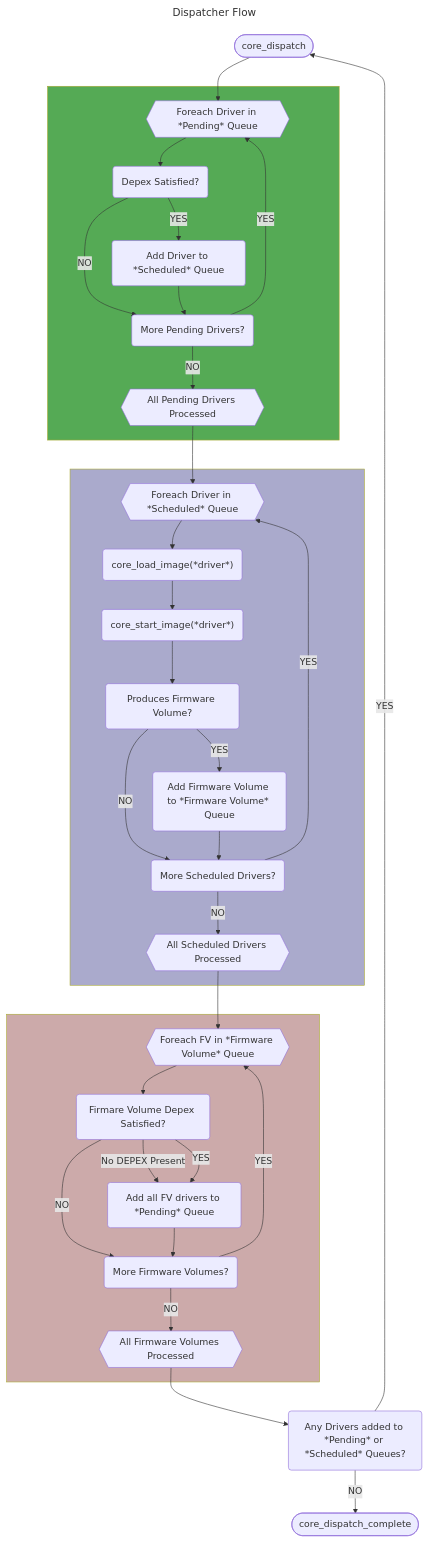
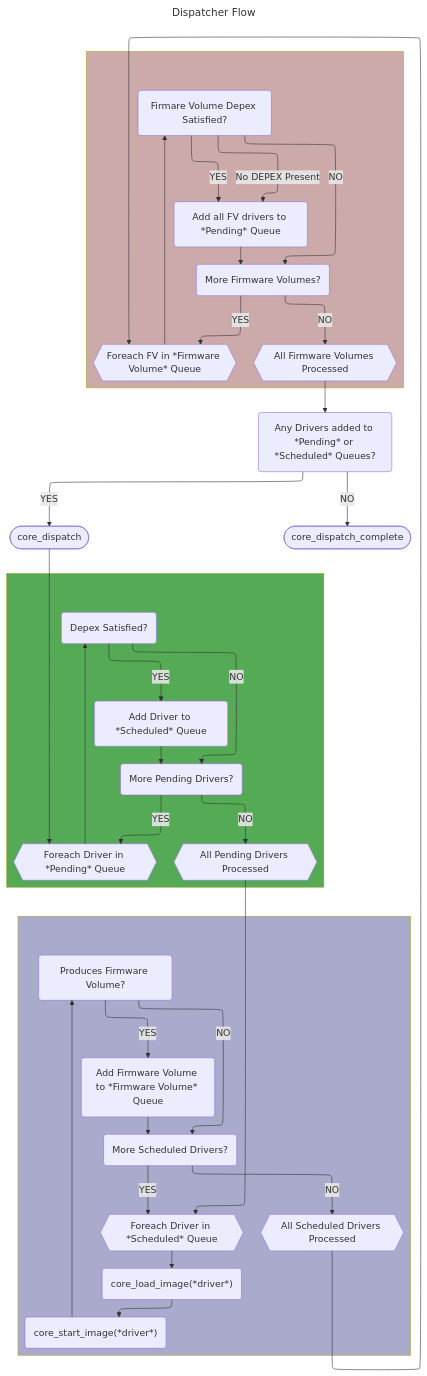
The diagram in docs/src/dxe_core/dispatcher.md (vineelko/patina), drawn with Mermaid before and after one commit. The commit also changed other lines of this file and 47 other files, not shown here.

````diff
--- a/docs/src/dxe_core/dispatcher.md
+++ b/docs/src/dxe_core/dispatcher.md
@@ -75,75 +75,78 @@
 ```mermaid
 ---
 title: Dispatcher Flow
+config:
+  layout: elk
+displayMode: compact
 ---
 flowchart TB
 
 start([core_dispatch])
 pending_drivers{{Foreach Driver in *Pending* Queue}}
 depex_eval(Depex Satisfied?)
 schedule_driver(Add Driver to *Scheduled* Queue)
 more_pending_drivers(More Pending Drivers?)
 pending_drivers_complete{{All Pending Drivers Processed}}
 
 scheduled_drivers{{Foreach Driver in *Scheduled* Queue}}
 load_driver("core_load_image(*driver*)")
 start_driver("core_start_image(*driver*)")
 produces_firmware_volume(Produces Firmware Volume?)
 add_firmware_volume(Add Firmware Volume to *Firmware Volume* Queue)
 more_scheduled_drivers(More Scheduled Drivers?)
 scheduled_drivers_complete{{All Scheduled Drivers Processed}}
 
 firmware_volumes{{Foreach FV in *Firmware Volume* Queue}}
 fv_depex_eval(Firmare Volume Depex Satisfied?)
 add_drivers(Add all FV drivers to *Pending* Queue)
 more_pending_fvs(More Firmware Volumes?)
 firmware_volumes_complete{{All Firmware Volumes Processed}}
 
 any_dispatched(Any Drivers added to *Pending* or *Scheduled* Queues?)
 
 dispatch_complete([core_dispatch_complete])
 
 start-->pending_drivers
 
 subgraph pending_drivers_block[" "]
 pending_drivers-->depex_eval
 depex_eval-- YES -->schedule_driver
 depex_eval-- NO -->more_pending_drivers
 schedule_driver-->more_pending_drivers
 more_pending_drivers-- YES -->pending_drivers
 more_pending_drivers-- NO -->pending_drivers_complete
 end
 
 pending_drivers_complete-->scheduled_drivers
 
 subgraph scheduled_drivers_block[" "]
 scheduled_drivers-->load_driver
 load_driver-->start_driver
 start_driver-->produces_firmware_volume
 produces_firmware_volume -- YES -->add_firmware_volume
 produces_firmware_volume -- NO -->more_scheduled_drivers
 add_firmware_volume-->more_scheduled_drivers
 more_scheduled_drivers -- YES -->scheduled_drivers
 more_scheduled_drivers -- NO -->scheduled_drivers_complete
 end
 
 scheduled_drivers_complete-->firmware_volumes
 
 subgraph firmware_volumes_block[" "]
 firmware_volumes-->fv_depex_eval
 fv_depex_eval-- No DEPEX Present -->add_drivers
 fv_depex_eval-- YES -->add_drivers
 fv_depex_eval-- NO -->more_pending_fvs
 add_drivers-->more_pending_fvs
 more_pending_fvs-- YES -->firmware_volumes
 more_pending_fvs-- NO -->firmware_volumes_complete
 end
 
 firmware_volumes_complete-->any_dispatched
 any_dispatched-- YES -->start
 any_dispatched-- NO -->dispatch_complete
 
 style pending_drivers_block fill:#5a5
 style scheduled_drivers_block fill:#aac
 style firmware_volumes_block fill:#caa
 ```
````
